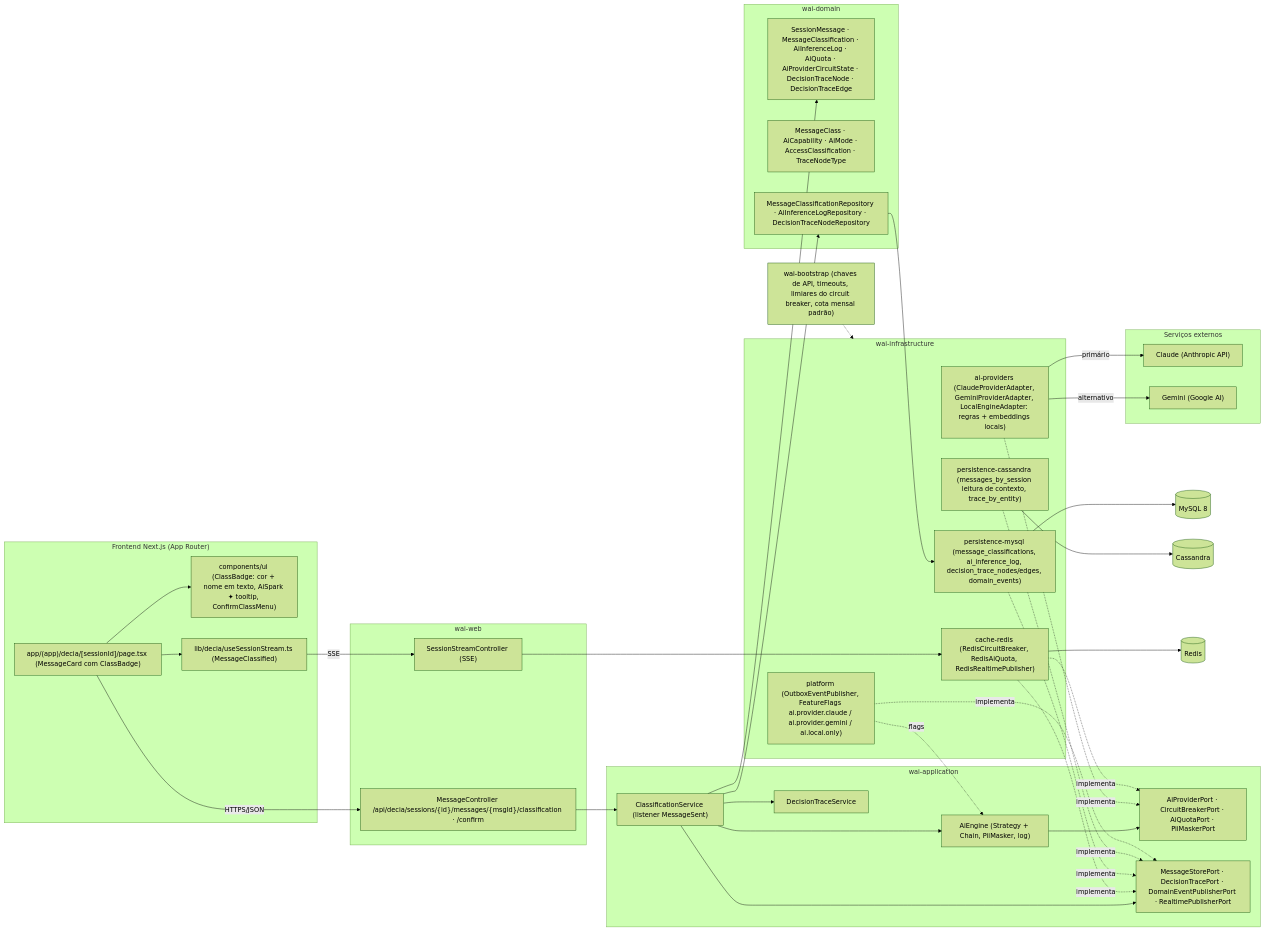
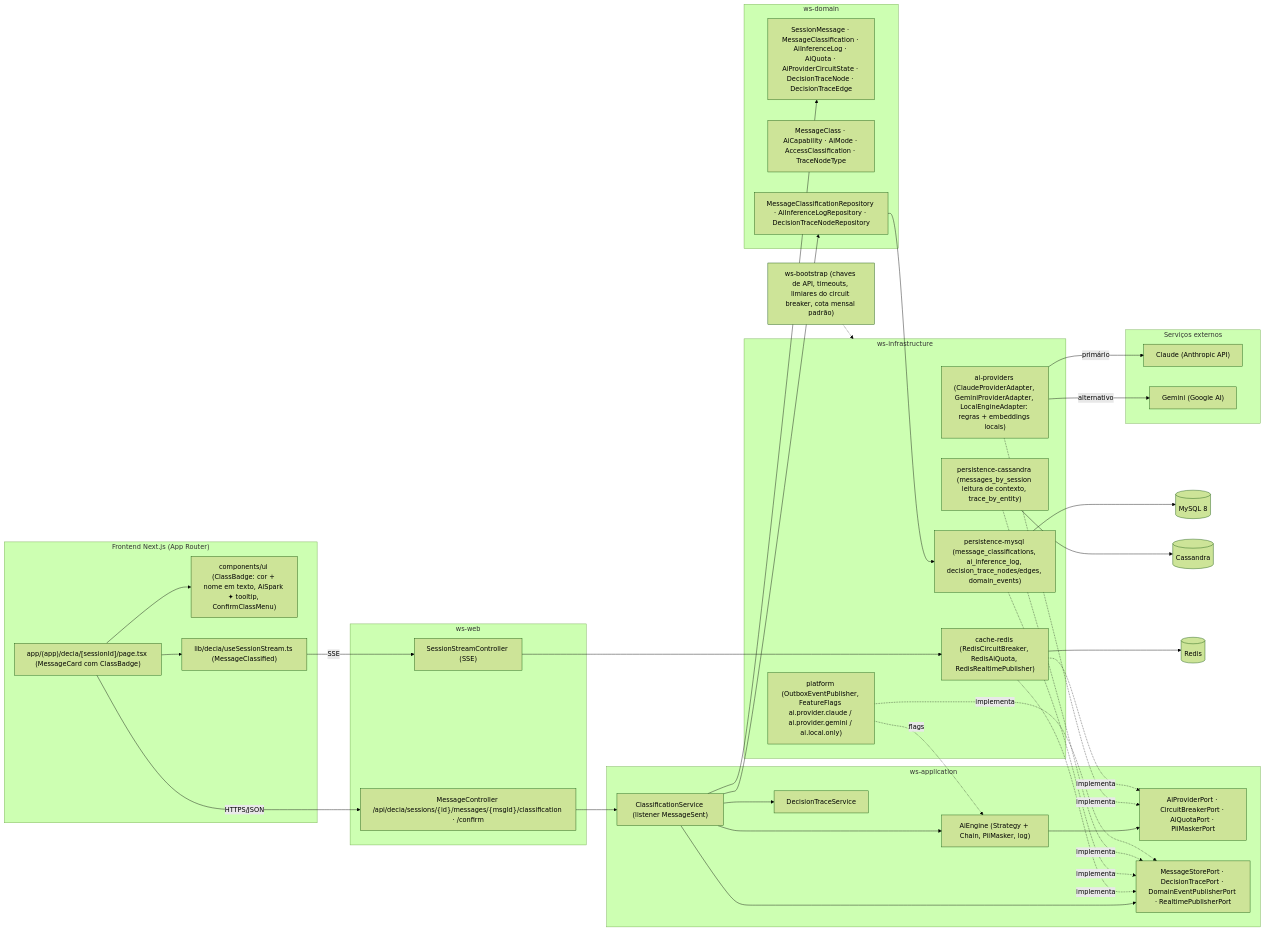
Before and after one commit to MatheusHaliski/Decia-app-2026: the fifth of 5 diagrams in docs/diagramas/RF7/README.md, drawn with Mermaid (forest theme). The commit also changed other lines of this file and 65 other files, not shown here.

First line of the commit message:
docs: renomeia o produto para Work Station (módulos ws-*), UserPreferences no diagrama v1, RF44/RF45 ajustados, design system (tokens, components.css, 66 ícones, 112 anatomias SVG, galeria e capturas) e dúvidas Q-36..Q-43

````diff
--- a/docs/diagramas/RF7/README.md
+++ b/docs/diagramas/RF7/README.md
@@ -434,71 +434,71 @@
 ```mermaid
 flowchart LR
   subgraph FE["Frontend Next.js (App Router)"]
     FE1["app/(app)/decia/[sessionId]/page.tsx (MessageCard com ClassBadge)"]
     FE2["components/ui (ClassBadge: cor + nome em texto, AiSpark ✦ tooltip, ConfirmClassMenu)"]
     FE3["lib/decia/useSessionStream.ts (MessageClassified)"]
   end
 
-  subgraph WEB["wai-web"]
+  subgraph WEB["ws-web"]
     W1["MessageController /api/decia/sessions/{id}/messages/{msgId}/classification · /confirm"]
     W2["SessionStreamController (SSE)"]
   end
 
-  subgraph APP["wai-application"]
+  subgraph APP["ws-application"]
     S1["ClassificationService (listener MessageSent)"]
     S2["AiEngine (Strategy + Chain, PiiMasker, log)"]
     S3["DecisionTraceService"]
     P1["AiProviderPort · CircuitBreakerPort · AiQuotaPort · PiiMaskerPort"]
     P2["MessageStorePort · DecisionTracePort · DomainEventPublisherPort · RealtimePublisherPort"]
   end
 
-  subgraph DOM["wai-domain"]
+  subgraph DOM["ws-domain"]
     D1["SessionMessage · MessageClassification · AiInferenceLog · AiQuota · AiProviderCircuitState · DecisionTraceNode · DecisionTraceEdge"]
     D2["MessageClass · AiCapability · AiMode · AccessClassification · TraceNodeType"]
     D3["MessageClassificationRepository · AiInferenceLogRepository · DecisionTraceNodeRepository"]
   end
 
-  subgraph INFRA["wai-infrastructure"]
+  subgraph INFRA["ws-infrastructure"]
     I1["ai-providers (ClaudeProviderAdapter, GeminiProviderAdapter, LocalEngineAdapter: regras + embeddings locais)"]
     I2["cache-redis (RedisCircuitBreaker, RedisAiQuota, RedisRealtimePublisher)"]
     I3["persistence-mysql (message_classifications, ai_inference_log, decision_trace_nodes/edges, domain_events)"]
     I4["persistence-cassandra (messages_by_session leitura de contexto, trace_by_entity)"]
     I5["platform (OutboxEventPublisher, FeatureFlags ai.provider.claude / ai.provider.gemini / ai.local.only)"]
   end
 
   subgraph EXT["Serviços externos"]
     X1["Claude (Anthropic API)"]
     X2["Gemini (Google AI)"]
   end
 
   MY[("MySQL 8")]
   CA[("Cassandra")]
   RD[("Redis")]
 
   FE1 --> FE2
   FE1 --> FE3
   FE1 -->|HTTPS/JSON| W1
   FE3 -->|SSE| W2
   W1 --> S1
   S1 --> S2
   S1 --> S3
   S1 --> P2
   S2 --> P1
   S1 --> D1
   S1 --> D3
   I1 -.->|implementa| P1
   I2 -.->|implementa| P1
   I2 -.->|implementa| P2
   I3 -.->|implementa| P2
   I4 -.->|implementa| P2
   I5 -.->|implementa| P2
   I5 -.->|flags| S2
   I1 -->|primário| X1
   I1 -->|alternativo| X2
   W2 --> I2
   D3 --> I3
   I3 --> MY
   I4 --> CA
   I2 --> RD
-  BOOT["wai-bootstrap (chaves de API, timeouts, limiares do circuit breaker, cota mensal padrão)"] -.-> INFRA
+  BOOT["ws-bootstrap (chaves de API, timeouts, limiares do circuit breaker, cota mensal padrão)"] -.-> INFRA
 ```
````
